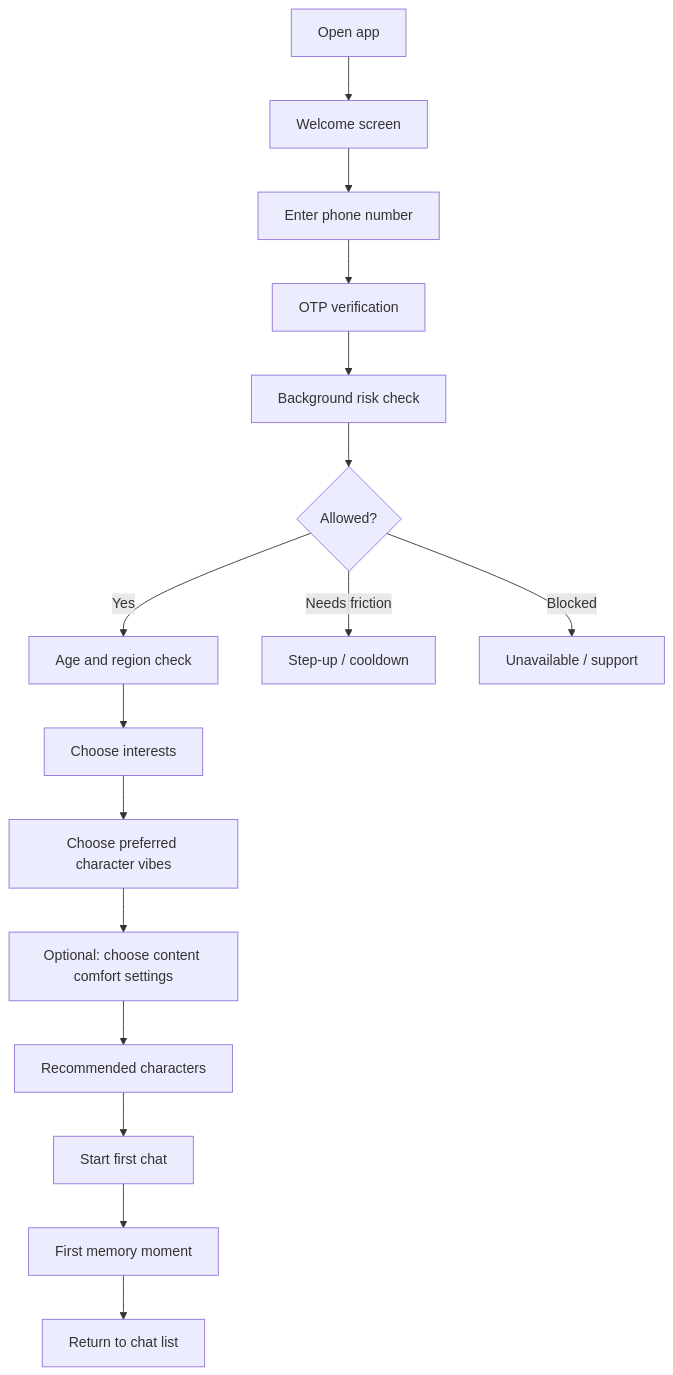
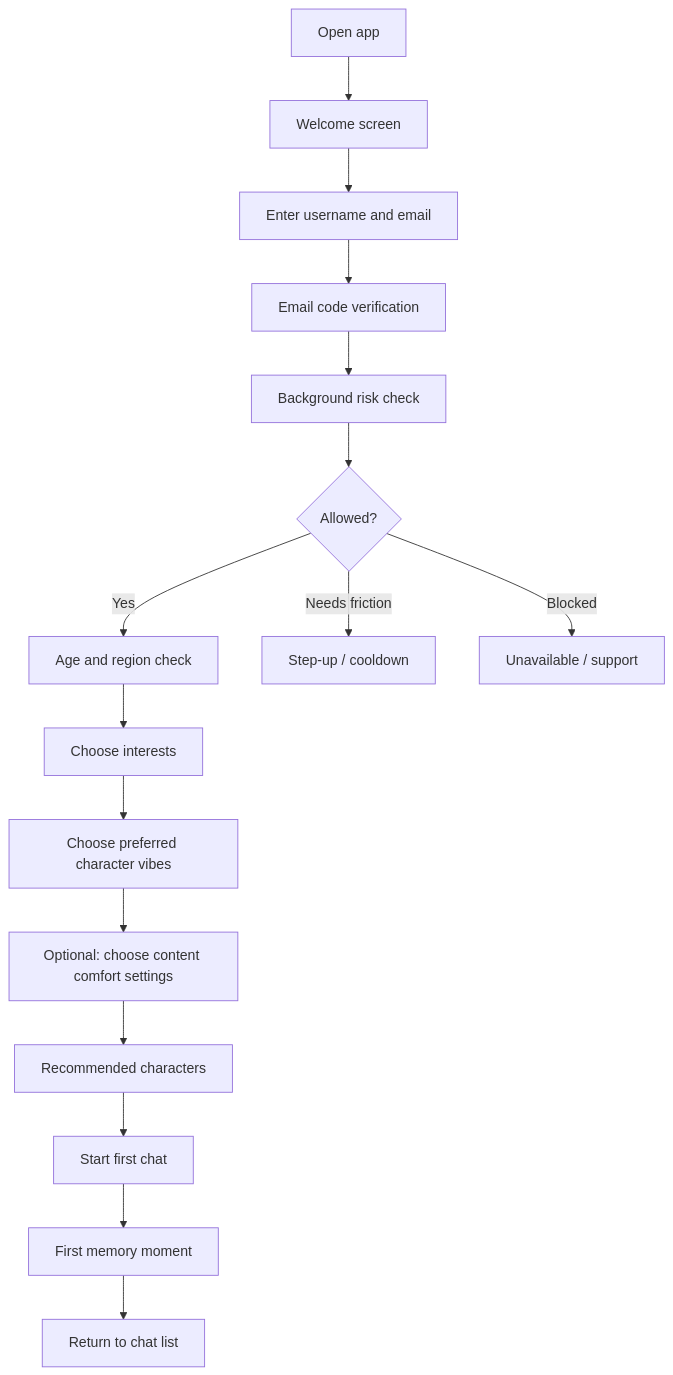
The first of 15 diagrams in docs/hana-chat-user-flows.md (Afnanksalal/hana-chat), drawn with Mermaid before and after one commit. The commit also changed other lines of this file and 82 other files, not shown here.

````diff
--- a/docs/hana-chat-user-flows.md
+++ b/docs/hana-chat-user-flows.md
@@ -70,18 +72,18 @@
 ```mermaid
 flowchart TD
   A["Open app"] --> B["Welcome screen"]
-  B --> C["Enter phone number"]
-  C --> D["OTP verification"]
+  B --> C["Enter username and email"]
+  C --> D["Email code verification"]
   D --> E["Background risk check"]
   E --> F{"Allowed?"}
   F -->|Yes| G["Age and region check"]
   F -->|Needs friction| H["Step-up / cooldown"]
   F -->|Blocked| I["Unavailable / support"]
   G --> J["Choose interests"]
   J --> K["Choose preferred character vibes"]
   K --> L["Optional: choose content comfort settings"]
   L --> M["Recommended characters"]
   M --> N["Start first chat"]
   N --> O["First memory moment"]
   O --> P["Return to chat list"]
 ```
````
